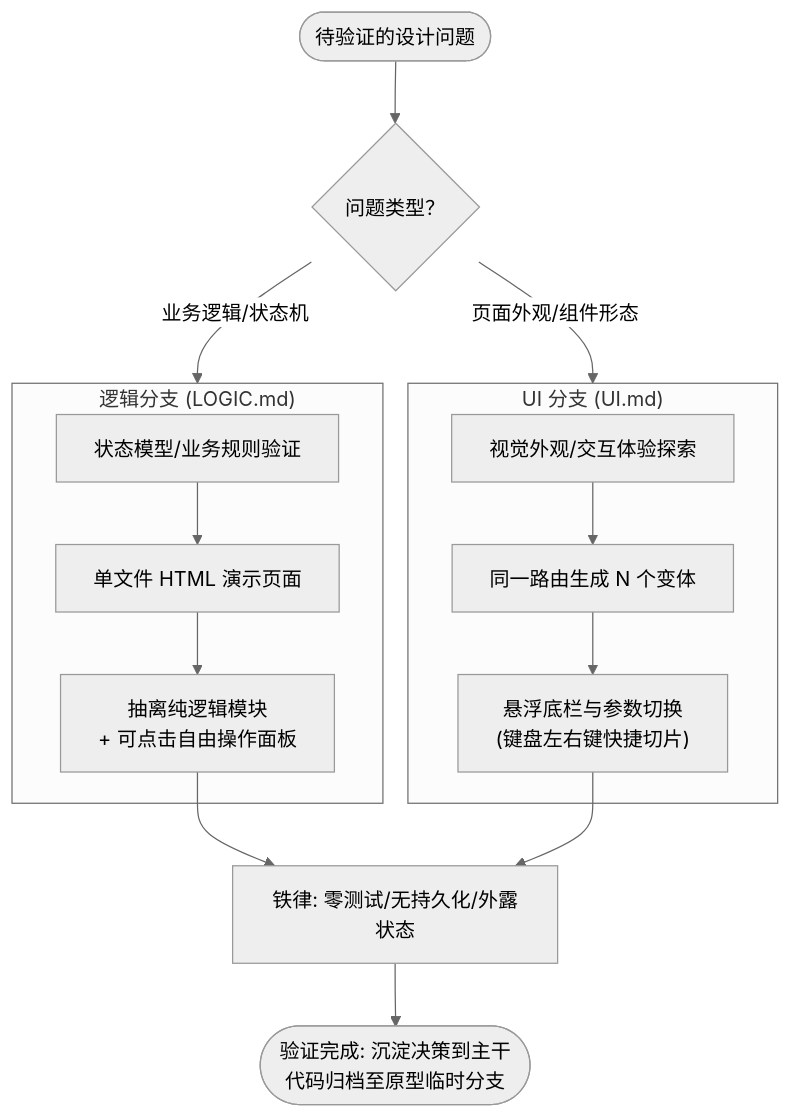
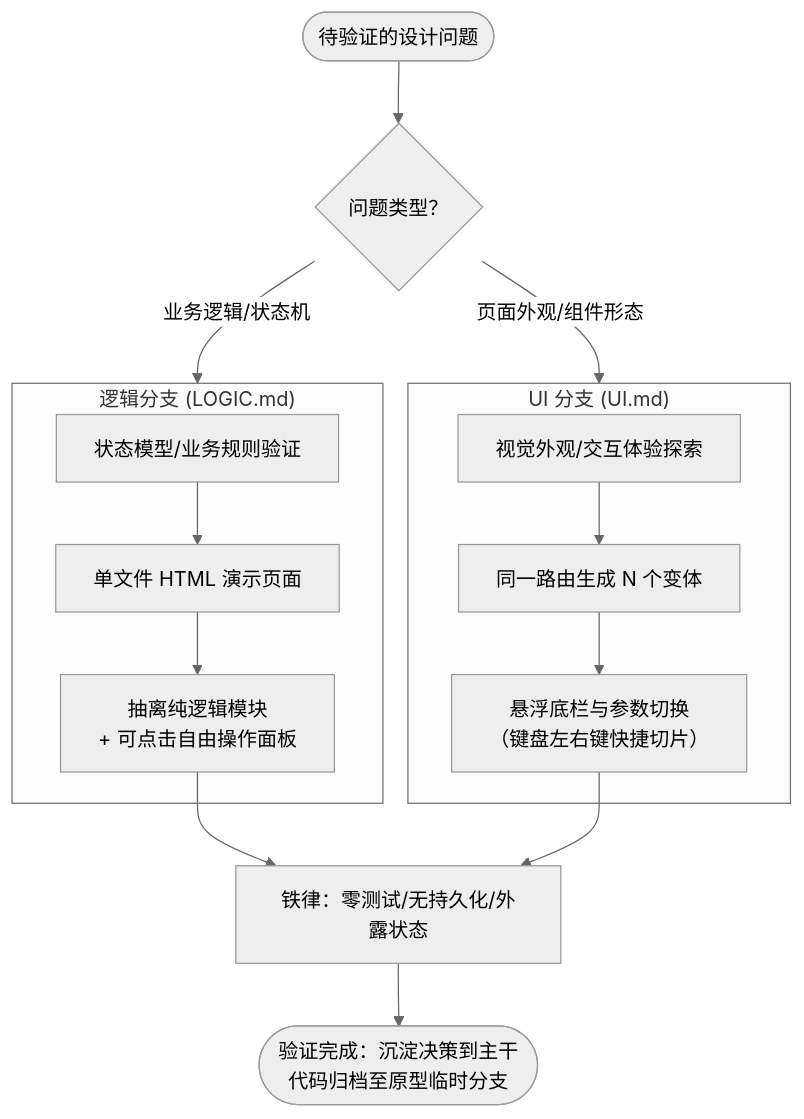
Before and after one commit to eanzhao-os/mattpocock-skills-cn: the diagram in 12-prototype.md, drawn with Mermaid (neutral theme). The commit also changed other lines of this file and 57 other files, not shown here.

````diff
--- a/12-prototype.md
+++ b/12-prototype.md
@@ -14,21 +14,21 @@
 ```mermaid
 flowchart TD
     Question([待验证的设计问题]) --> Branch{"问题类型？"}
 
     subgraph LogicBranch["逻辑分支 (LOGIC.md)"]
         L1["状态模型/业务规则验证"] --> L2["单文件 HTML 演示页面"]
         L2 --> L3["抽离纯逻辑模块<br/>+ 可点击自由操作面板"]
     end
 
     subgraph UIBranch["UI 分支 (UI.md)"]
         U1["视觉外观/交互体验探索"] --> U2["同一路由生成 N 个变体"]
-        U2 --> U3["悬浮底栏与参数切换<br/>(键盘左右键快捷切片)"]
+        U2 --> U3["悬浮底栏与参数切换<br/>（键盘左右键快捷切片）"]
     end
 
     Branch -->|业务逻辑/状态机| LogicBranch
     Branch -->|页面外观/组件形态| UIBranch
 
-    L3 --> Rule["铁律: 零测试/无持久化/外露状态"]
+    L3 --> Rule["铁律：零测试/无持久化/外露状态"]
     U3 --> Rule
-    Rule --> Capture([验证完成: 沉淀决策到主干<br/>代码归档至原型临时分支])
+    Rule --> Capture([验证完成：沉淀决策到主干<br/>代码归档至原型临时分支])
 ```
````
